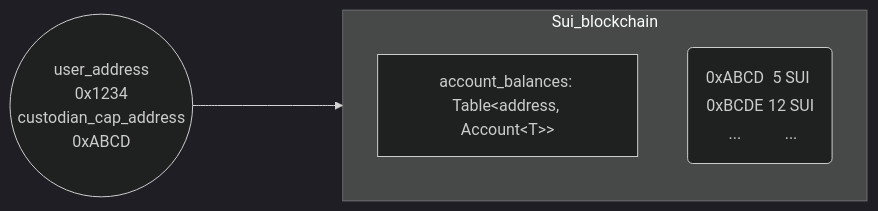
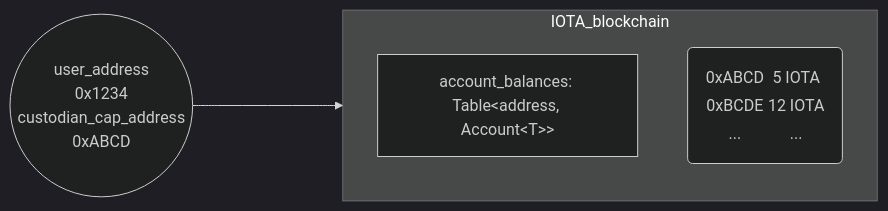
The diagram in docs/content/standards/deepbook/trade-and-swap.mdx (rafnixschaf/iota), drawn with Mermaid (dark theme) before and after one commit. The commit also changed other lines of this file and 9928 other files, not shown here.

````diff
--- a/docs/content/standards/deepbook/trade-and-swap.mdx
+++ b/docs/content/standards/deepbook/trade-and-swap.mdx
@@ -114,11 +114,11 @@
 ```mermaid
 flowchart LR
  A((user_address\n0x1234\ncustodian_cap_address\n0xABCD))
- subgraph Sui_blockchain
+ subgraph IOTA_blockchain
     direction TB
     B["account_balances: Table&lt;address, Account&lt;T>>"]
-    C("<table><tbody><tr><td>0xABCD</td><td>5 SUI</td></tr><tr><td>0xBCDE</td><td>12 SUI</td></tr><tr><td>...</td><td>...</td></tr></tbody></table>")
+    C("<table><tbody><tr><td>0xABCD</td><td>5 IOTA</td></tr><tr><td>0xBCDE</td><td>12 IOTA</td></tr><tr><td>...</td><td>...</td></tr></tbody></table>")
  end
 
- A ----> Sui_blockchain
+ A ----> IOTA_blockchain
 ```
````
